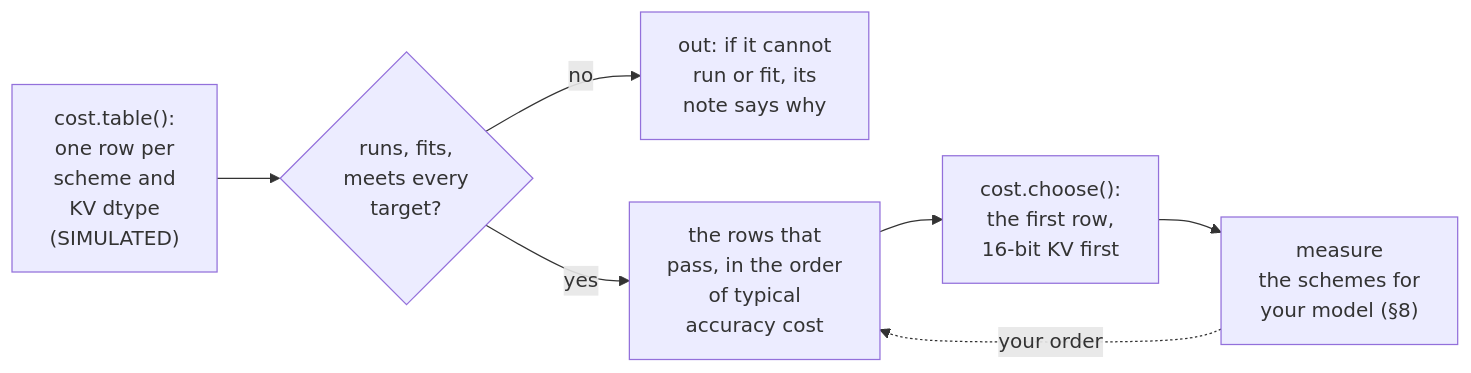
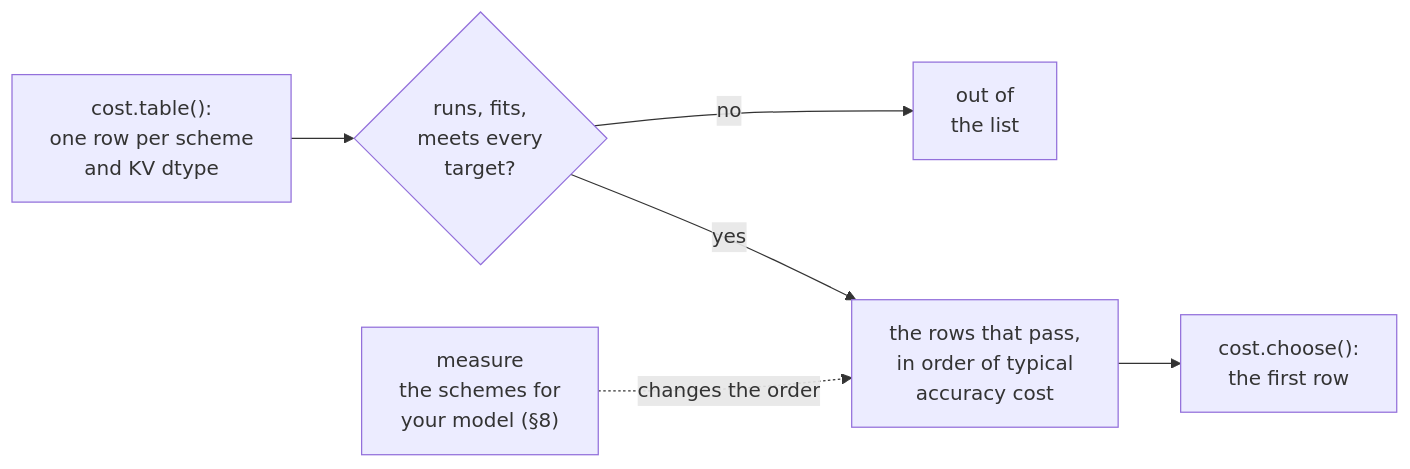
One commit to aniryou/full-stack-agentic-engineer changed the third of 3 diagrams in 04-inference-engine/quantization/PRIMER.md. Above: the diagram before and after it, drawn with Mermaid. The commit also changed other lines of this file and 28 other files, not shown here.

First line of the commit message:
WIP snapshot: the figure round (charts, improvements, additions) in progress (2026-10-30T17:46:25Z); not validated [skip ci]

````diff
--- a/04-inference-engine/quantization/PRIMER.md
+++ b/04-inference-engine/quantization/PRIMER.md
@@ -887,9 +887,8 @@
 ```mermaid
 flowchart LR
-  T["cost.table():<br/>one row per<br/>scheme and<br/>KV dtype<br/>(SIMULATED)"] --> A{"runs, fits,<br/>meets every<br/>target?"}
-  A -->|"no"| X["out: if it cannot<br/>run or fit, its<br/>note says why"]
-  A -->|"yes"| O["the rows that<br/>pass, in the order<br/>of typical<br/>accuracy cost"]
-  O --> C["cost.choose():<br/>the first row,<br/>16-bit KV first"]
-  C --> M["measure<br/>the schemes for<br/>your model (§8)"]
-  M -.->|"your order"| O
+  T["cost.table():<br/>one row per scheme<br/>and KV dtype"] --> A{"runs, fits,<br/>meets every<br/>target?"}
+  A -->|"no"| X["out of<br/>the list"]
+  A -->|"yes"| O["the rows that pass,<br/>in order of typical<br/>accuracy cost"]
+  M["measure<br/>the schemes for<br/>your model (§8)"] -.->|"changes the order"| O
+  O --> C["cost.choose():<br/>the first row"]
 ```
````
